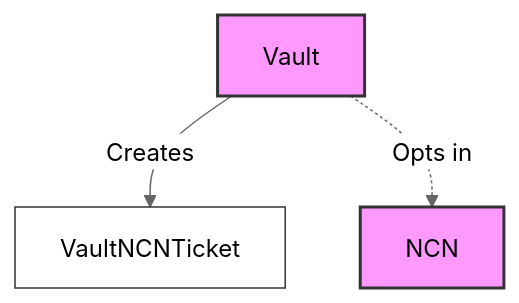
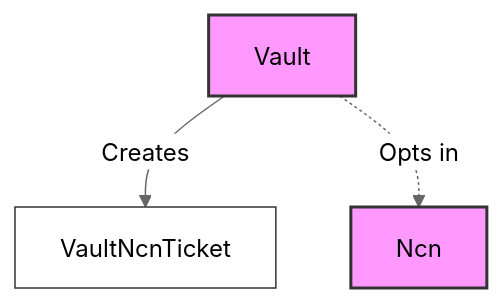
One commit to jito-foundation/restaking changed the first of 4 diagrams in docs/concepts/vault_program.md. Above: the diagram before and after it, drawn with Mermaid (neutral theme). The commit also changed other lines of this file and 1 other file, not shown here.

````diff
--- a/docs/concepts/vault_program.md
+++ b/docs/concepts/vault_program.md
@@ -52,10 +52,10 @@
 ```mermaid
 graph TD
     classDef main fill: #f9f, stroke: #333, stroke-width: 2px;
     classDef ticket fill: #fff, stroke: #333, stroke-width: 1px;
     Vault[Vault]:::main
-    NCN[NCN]:::main
-    VaultNcnTicket[VaultNCNTicket]:::ticket
+    Ncn[Ncn]:::main
+    VaultNcnTicket[VaultNcnTicket]:::ticket
     Vault -->|Creates| VaultNcnTicket
-    Vault -.->|Opts in| NCN
+    Vault -.->|Opts in| Ncn
 ```
````
